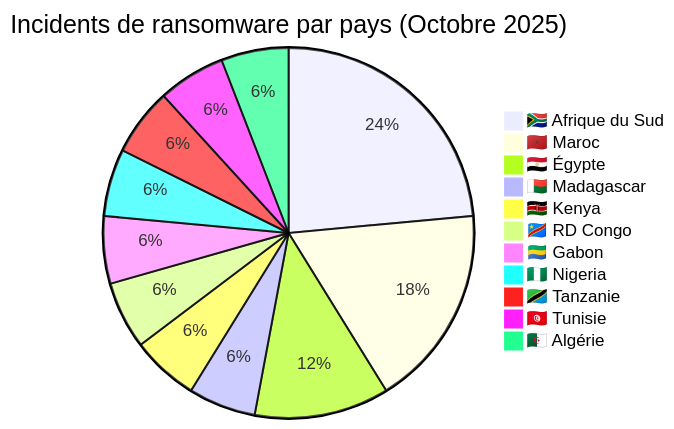
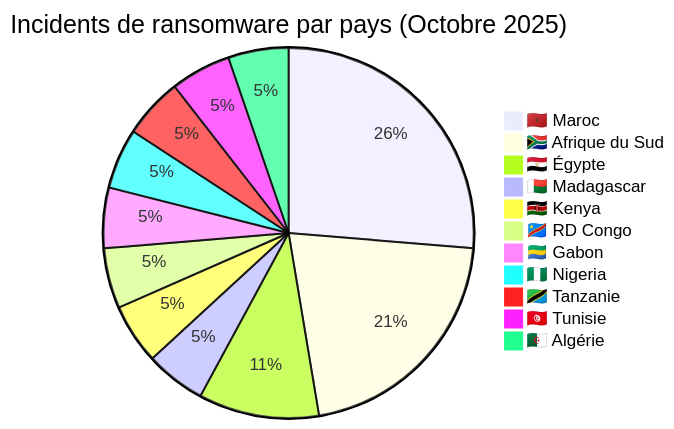
One commit to Hatchepsoute/AFRINTEL changed the second of 3 diagrams in CyberAttackAfrica/2025/10-october/README_FR.md. Above: the diagram before and after it, drawn with Mermaid. The commit also changed other lines of this file and 255 other files, not shown here.

````diff
--- a/CyberAttackAfrica/2025/10-october/README_FR.md
+++ b/CyberAttackAfrica/2025/10-october/README_FR.md
@@ -111,15 +113,15 @@
 ```mermaid
 pie
 title Incidents de ransomware par pays (Octobre 2025)
+"🇲🇦 Maroc" : 5
 "🇿🇦 Afrique du Sud" : 4
-"🇲🇦 Maroc" : 3
 "🇪🇬 Égypte" : 2
 "🇲🇬 Madagascar" : 1
 "🇰🇪 Kenya" : 1
 "🇨🇩 RD Congo" : 1
 "🇬🇦 Gabon" : 1
 "🇳🇬 Nigeria" : 1
 "🇹🇿 Tanzanie" : 1
 "🇹🇳 Tunisie" : 1
 "🇩🇿 Algérie" : 1
 ```
````
